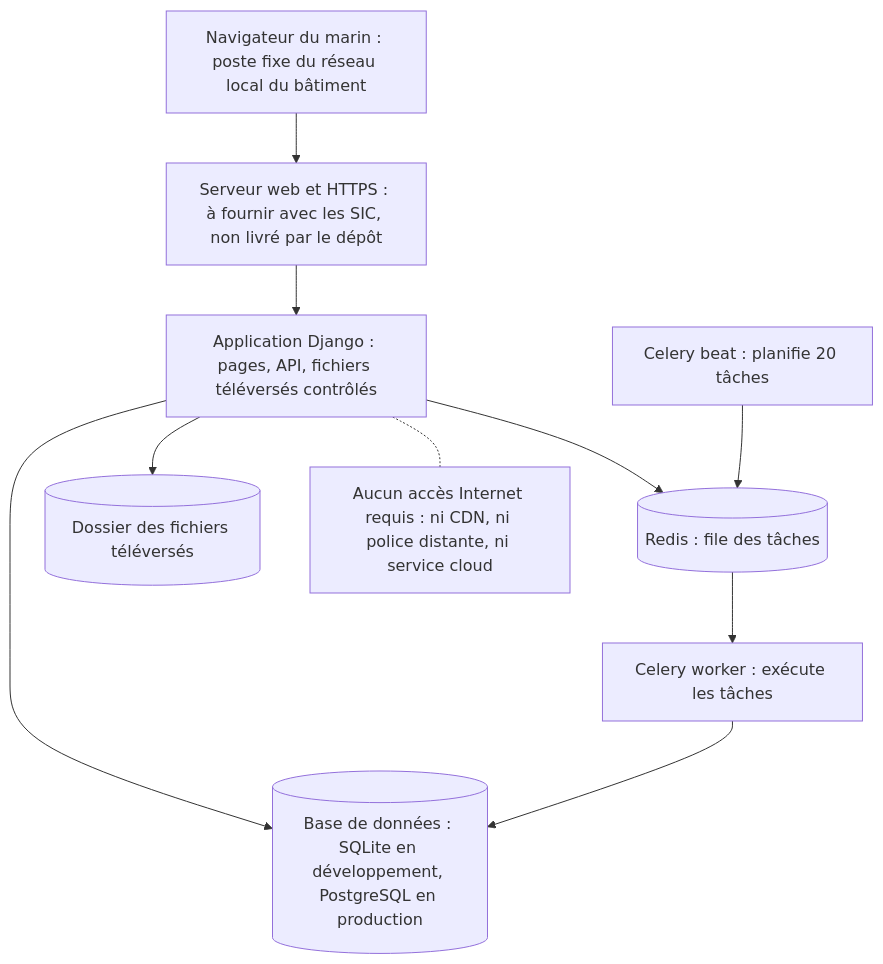
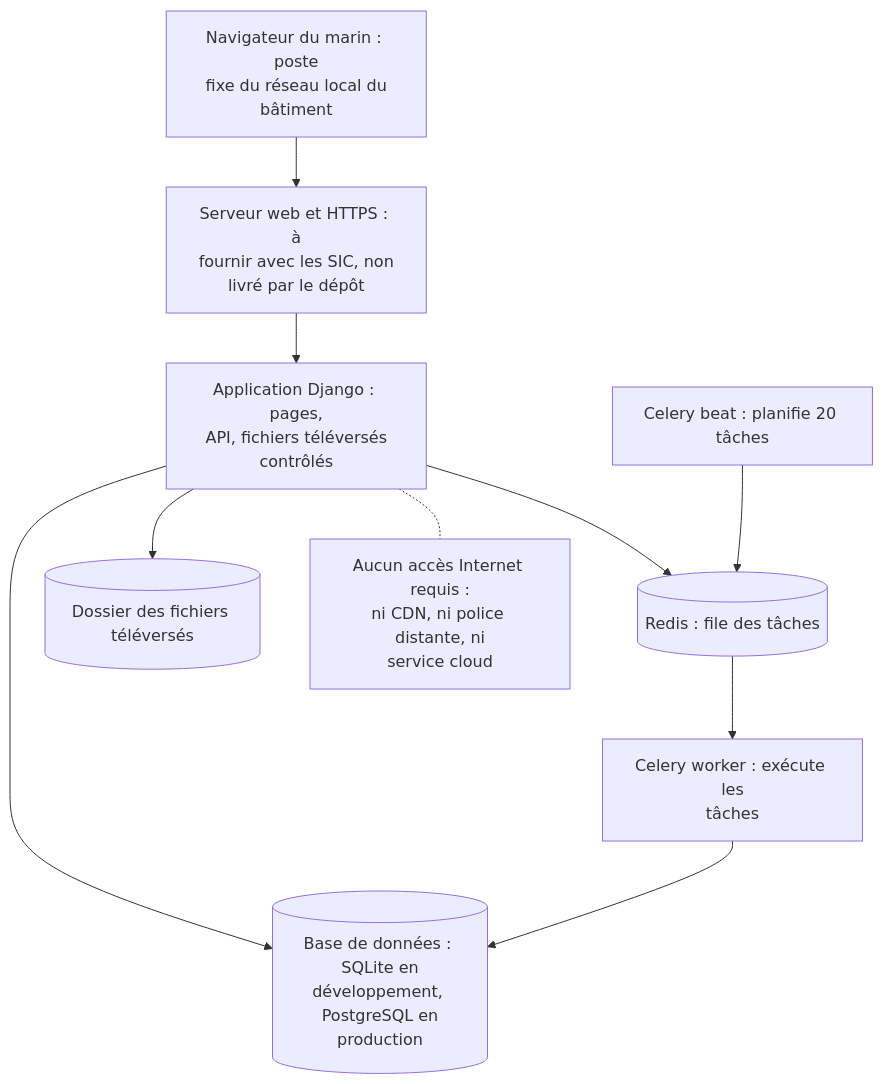
The diagram in docs/dossier-technique/schemas/src/S35_deploiement_type.mmd (Mattrix2211/Matrix), drawn with Mermaid before and after one commit. The commit also changed 54 other files, not shown here.

```diff
--- a/docs/dossier-technique/schemas/src/S35_deploiement_type.mmd
+++ b/docs/dossier-technique/schemas/src/S35_deploiement_type.mmd
@@ -1,18 +1,18 @@
 flowchart TB
-  N["Navigateur du marin : poste fixe du réseau local du bâtiment"]
-  P["Serveur web et HTTPS : à fournir avec les SIC, non livré par le dépôt"]
-  D["Application Django : pages, API, fichiers téléversés contrôlés"]
-  B[("Base de données : SQLite en développement, PostgreSQL en production")]
+  N["Navigateur du marin : poste<br/>fixe du réseau local du<br/>bâtiment"]
+  P["Serveur web et HTTPS : à<br/>fournir avec les SIC, non<br/>livré par le dépôt"]
+  D["Application Django : pages,<br/>API, fichiers téléversés<br/>contrôlés"]
+  B[("Base de données : SQLite en<br/>développement, PostgreSQL en<br/>production")]
   R[("Redis : file des tâches")]
-  W["Celery worker : exécute les tâches"]
+  W["Celery worker : exécute les<br/>tâches"]
   T["Celery beat : planifie 20 tâches"]
   F[("Dossier des fichiers téléversés")]
   N --> P --> D
   D --> B
   D --> F
   D --> R
   T --> R
   R --> W
   W --> B
-  X["Aucun accès Internet requis : ni CDN, ni police distante, ni service cloud"]
+  X["Aucun accès Internet requis :<br/>ni CDN, ni police distante, ni<br/>service cloud"]
   D -.- X
```
